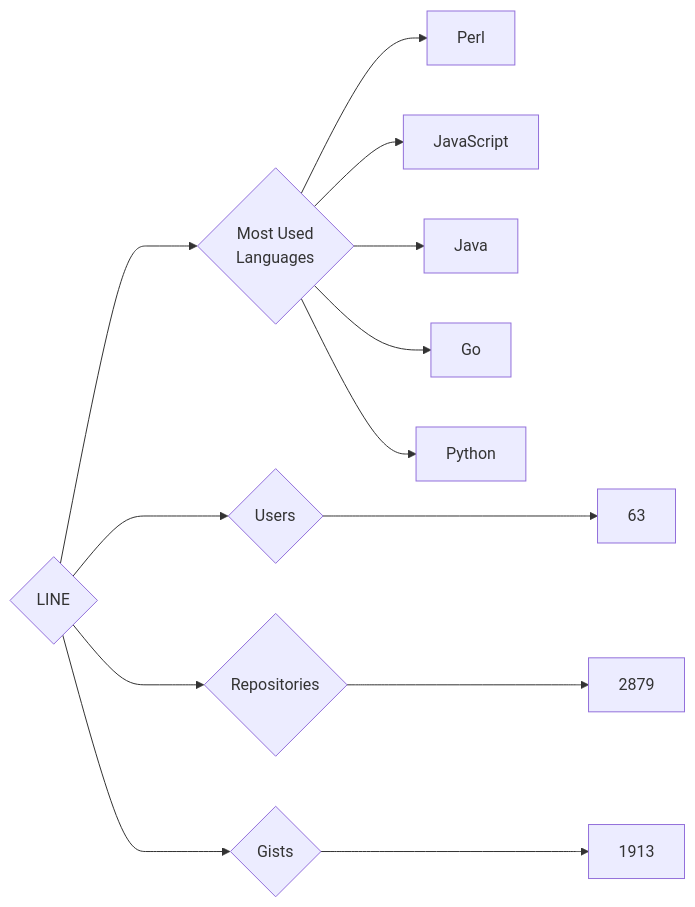
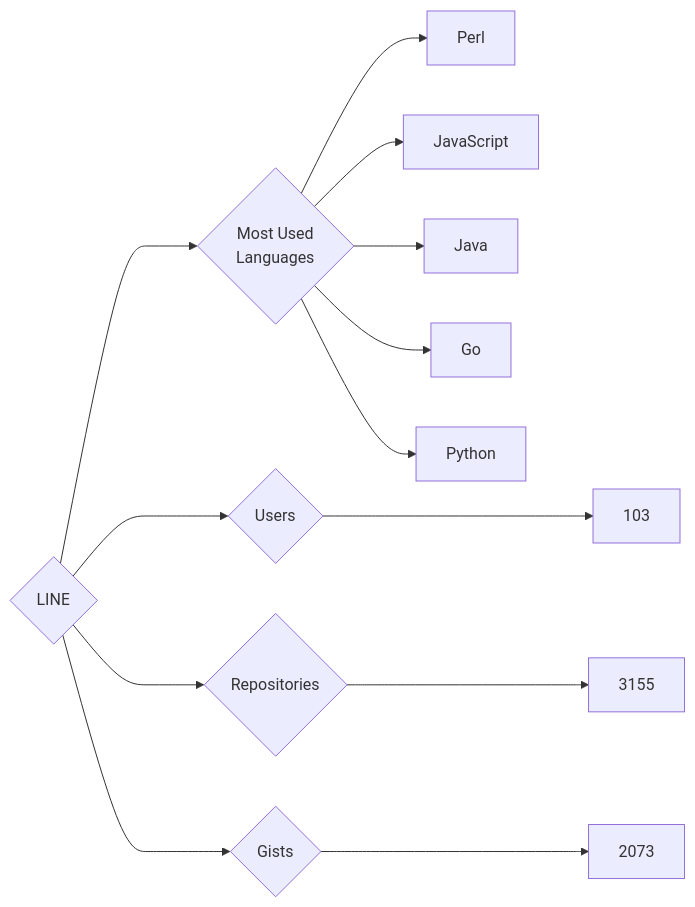
One commit to trickest/insiders changed the diagram in targets/LINE/README.md. Above: the diagram before and after it, drawn with Mermaid. The commit also changed 736 other files, not shown here.

````diff
--- a/targets/LINE/README.md
+++ b/targets/LINE/README.md
@@ -3,13 +3,13 @@
 ```mermaid
 graph LR
 COMPANY_NAME{LINE}
-COMPANY_NAME ---> U{Users} ---> UN[63]
-COMPANY_NAME ---> R{Repositories} ---> RN[2879]
-COMPANY_NAME ---> G{Gists} ---> GN[1913]
+COMPANY_NAME ---> U{Users} ---> UN[103]
+COMPANY_NAME ---> R{Repositories} ---> RN[3155]
+COMPANY_NAME ---> G{Gists} ---> GN[2073]
 COMPANY_NAME ---> ML{Most Used<br>Languages}
 ML --> Perl[Perl]
 ML --> JavaScript[JavaScript]
 ML --> Java[Java]
 ML --> Go[Go]
 ML --> Python[Python]
 ```
````
